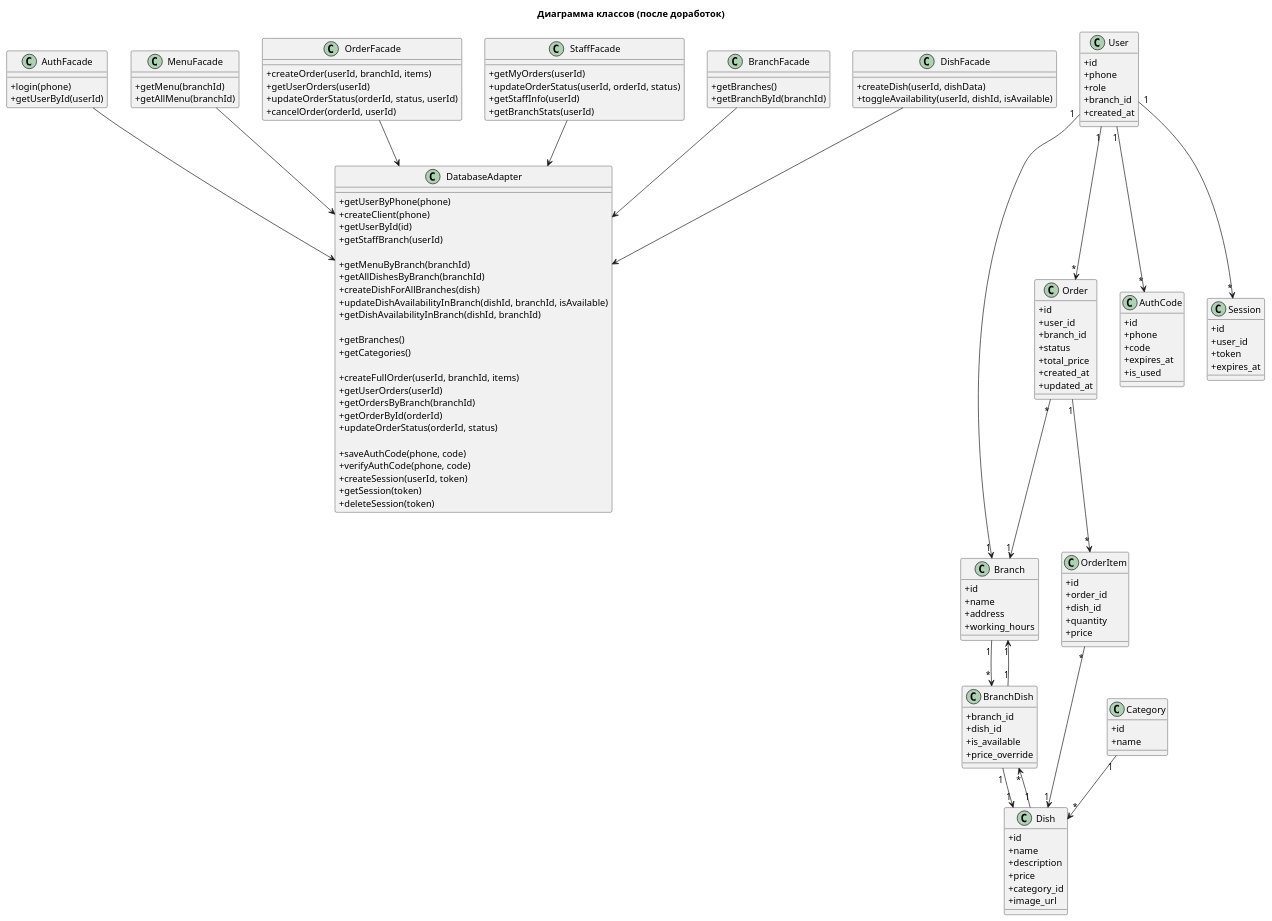
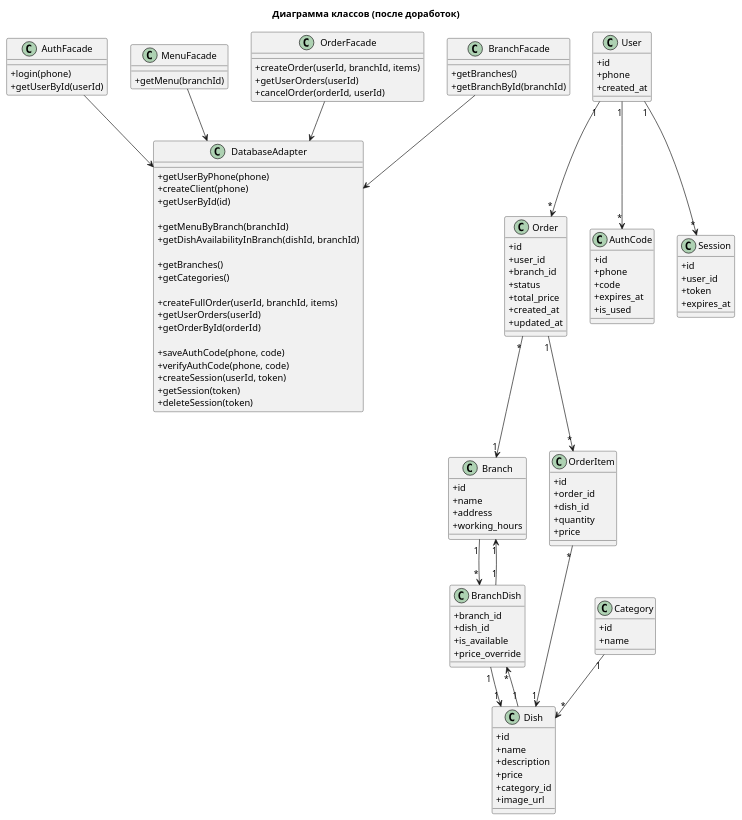
Before and after one commit to ROFUVEL/MunchCrunch: the diagram in new-class-diagramm.puml, drawn with PlantUML. The commit also changed 22 other files, not shown here.

```diff
--- a/new-class-diagramm.puml
+++ b/new-class-diagramm.puml
@@ -1,176 +1,153 @@
 @startuml
 skinparam classAttributeIconSize 0
 skinparam backgroundColor #FFFFFF
 title Диаграмма классов (после доработок)
 
 ' =========================
 ' ADAPTER LAYER
 ' =========================
 class DatabaseAdapter {
   +getUserByPhone(phone)
   +createClient(phone)
   +getUserById(id)
-  +getStaffBranch(userId)
 
   +getMenuByBranch(branchId)
-  +getAllDishesByBranch(branchId)
-  +createDishForAllBranches(dish)
-  +updateDishAvailabilityInBranch(dishId, branchId, isAvailable)
   +getDishAvailabilityInBranch(dishId, branchId)
 
   +getBranches()
   +getCategories()
 
   +createFullOrder(userId, branchId, items)
   +getUserOrders(userId)
-  +getOrdersByBranch(branchId)
   +getOrderById(orderId)
-  +updateOrderStatus(orderId, status)
 
   +saveAuthCode(phone, code)
   +verifyAuthCode(phone, code)
   +createSession(userId, token)
   +getSession(token)
   +deleteSession(token)
 }
 
 ' =========================
 ' FACADE LAYER
 ' =========================
 class AuthFacade {
   +login(phone)
   +getUserById(userId)
 }
 
 class MenuFacade {
   +getMenu(branchId)
-  +getAllMenu(branchId)
 }
 
 class OrderFacade {
   +createOrder(userId, branchId, items)
   +getUserOrders(userId)
-  +updateOrderStatus(orderId, status, userId)
   +cancelOrder(orderId, userId)
 }
 
-class StaffFacade {
-  +getMyOrders(userId)
-  +updateOrderStatus(userId, orderId, status)
-  +getStaffInfo(userId)
-  +getBranchStats(userId)
-}
 
 class BranchFacade {
   +getBranches()
   +getBranchById(branchId)
 }
 
-class DishFacade {
-  +createDish(userId, dishData)
-  +toggleAvailability(userId, dishId, isAvailable)
-}
 
 ' =========================
 ' RELATIONS (Facade -> Adapter)
 ' =========================
 AuthFacade --> DatabaseAdapter
 MenuFacade --> DatabaseAdapter
 OrderFacade --> DatabaseAdapter
-StaffFacade --> DatabaseAdapter
 BranchFacade --> DatabaseAdapter
-DishFacade --> DatabaseAdapter
 
 ' =========================
 ' DOMAIN ENTITIES (DB TABLES)
 ' =========================
 class User {
   +id
   +phone
-  +role
-  +branch_id
   +created_at
 }
 
 class Branch {
   +id
   +name
   +address
   +working_hours
 }
 
 class Dish {
   +id
   +name
   +description
   +price
   +category_id
   +image_url
 }
 
 class Category {
   +id
   +name
 }
 
 class BranchDish {
   +branch_id
   +dish_id
   +is_available
   +price_override
 }
 
 class Order {
   +id
   +user_id
   +branch_id
   +status
   +total_price
   +created_at
   +updated_at
 }
 
 class OrderItem {
   +id
   +order_id
   +dish_id
   +quantity
   +price
 }
 
 class AuthCode {
   +id
   +phone
   +code
   +expires_at
   +is_used
 }
 
 class Session {
   +id
   +user_id
   +token
   +expires_at
 }
 
 ' =========================
 ' RELATIONS (DB)
 ' =========================
 User "1" --> "*" Order
 Order "1" --> "*" OrderItem
 OrderItem "*" --> "1" Dish
 Order "*" --> "1" Branch
 
 Branch "1" --> "*" BranchDish
 Dish "1" --> "*" BranchDish
 BranchDish "1" --> "1" Dish
 BranchDish "1" --> "1" Branch
 
 Category "1" --> "*" Dish
 
 User "1" --> "*" Session
 User "1" --> "*" AuthCode
 
-User "1" --> "1" Branch
 
 @enduml
```
